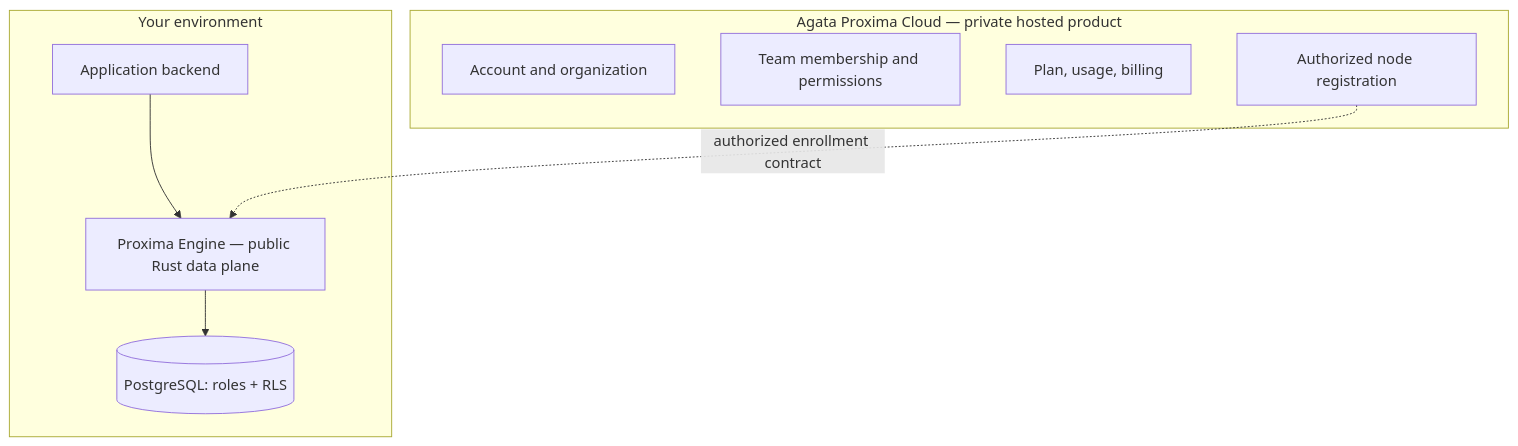
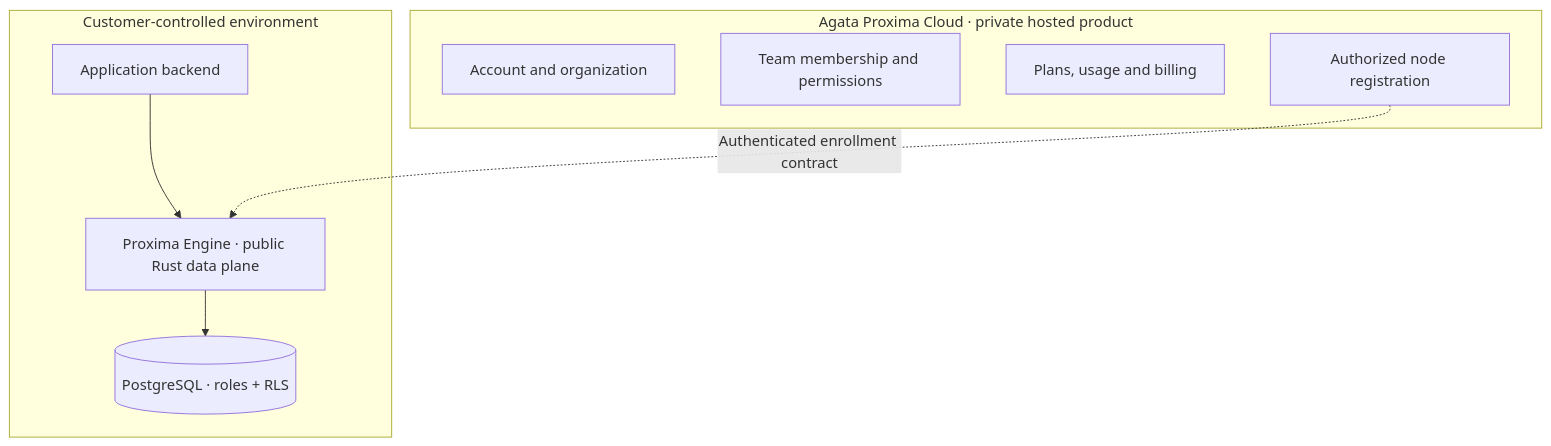
One commit to Agata-Proxima/proxima-engine changed the diagram in docs/CLOUD_CONTROL_PLANE.md. Above: the diagram before and after it, drawn with Mermaid. The commit also changed other lines of this file and 23 other files, not shown here.

First line of the commit message:
Audit and reorganize Proxima Engine documentation

````diff
--- a/docs/CLOUD_CONTROL_PLANE.md
+++ b/docs/CLOUD_CONTROL_PLANE.md
@@ -7,16 +7,16 @@
 ```mermaid
 flowchart TB
-  subgraph Hosted["Agata Proxima Cloud — private hosted product"]
+  subgraph Hosted["Agata Proxima Cloud · private hosted product"]
     Account["Account and organization"]
     Team["Team membership and permissions"]
-    Plans["Plan, usage, billing"]
+    Plans["Plans, usage and billing"]
     Registry["Authorized node registration"]
   end
-  subgraph Customer["Your environment"]
+  subgraph Customer["Customer-controlled environment"]
     App["Application backend"]
-    Engine["Proxima Engine — public Rust data plane"]
-    DB[("PostgreSQL: roles + RLS")]
+    Engine["Proxima Engine · public Rust data plane"]
+    DB[("PostgreSQL · roles + RLS")]
     App --> Engine --> DB
   end
-  Registry -. "authorized enrollment contract" .-> Engine
+  Registry -. "Authenticated enrollment contract" .-> Engine
 ```
````
